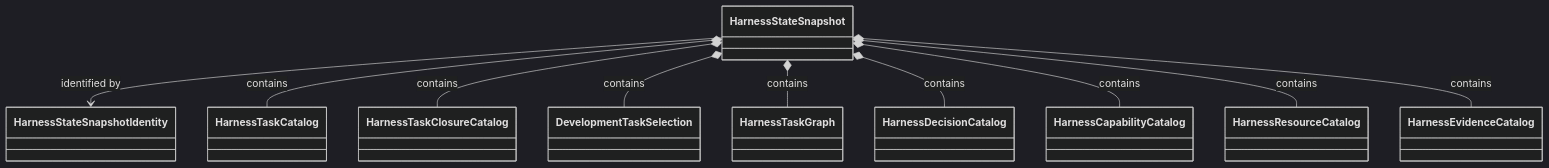
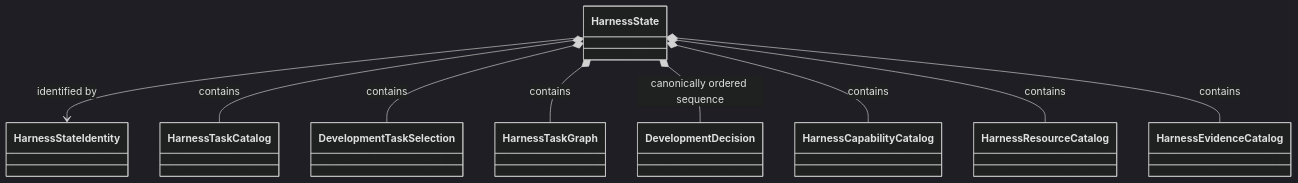
Before and after one commit to eragasa/ksdft2effmass: the fourth of 6 diagrams in docs/architecture/v2/harness/compiler-architecture.md, drawn with Mermaid (dark theme). The commit also changed other lines of this file and 80 other files, not shown here.

Commit message:
docs: reconcile architecture v2

````diff
--- a/docs/architecture/v2/harness/compiler-architecture.md
+++ b/docs/architecture/v2/harness/compiler-architecture.md
@@ -134,23 +160,21 @@
 ```mermaid
 classDiagram
-    class HarnessStateSnapshot
-    class HarnessStateSnapshotIdentity
+    class HarnessState
+    class HarnessStateIdentity
     class HarnessTaskCatalog
-    class HarnessTaskClosureCatalog
     class DevelopmentTaskSelection
     class HarnessTaskGraph
-    class HarnessDecisionCatalog
+    class DevelopmentDecision
     class HarnessCapabilityCatalog
     class HarnessResourceCatalog
     class HarnessEvidenceCatalog
 
-    HarnessStateSnapshot --> HarnessStateSnapshotIdentity : identified by
-    HarnessStateSnapshot *-- HarnessTaskCatalog : contains
-    HarnessStateSnapshot *-- HarnessTaskClosureCatalog : contains
-    HarnessStateSnapshot *-- DevelopmentTaskSelection : contains
-    HarnessStateSnapshot *-- HarnessTaskGraph : contains
-    HarnessStateSnapshot *-- HarnessDecisionCatalog : contains
-    HarnessStateSnapshot *-- HarnessCapabilityCatalog : contains
-    HarnessStateSnapshot *-- HarnessResourceCatalog : contains
-    HarnessStateSnapshot *-- HarnessEvidenceCatalog : contains
+    HarnessState --> HarnessStateIdentity : identified by
+    HarnessState *-- HarnessTaskCatalog : contains
+    HarnessState *-- DevelopmentTaskSelection : contains
+    HarnessState *-- HarnessTaskGraph : contains
+    HarnessState *-- DevelopmentDecision : canonically ordered sequence
+    HarnessState *-- HarnessCapabilityCatalog : contains
+    HarnessState *-- HarnessResourceCatalog : contains
+    HarnessState *-- HarnessEvidenceCatalog : contains
 ```
````
